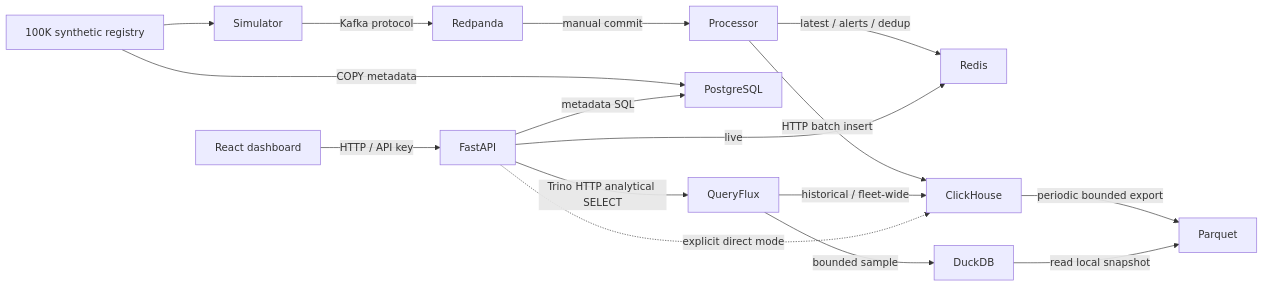
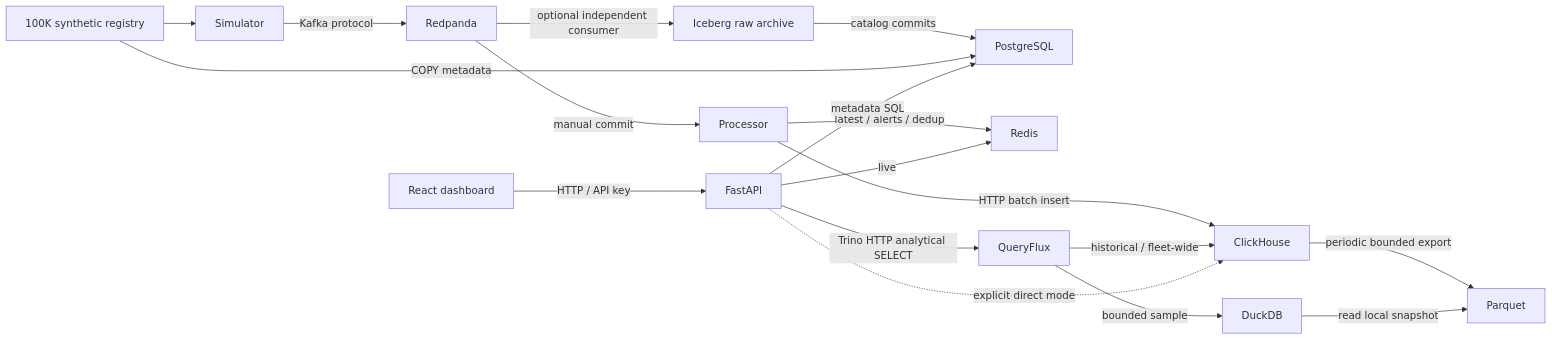
Before and after one commit to Kaileshwar16/VeloSense: the diagram in README.md, drawn with Mermaid. The commit also changed other lines of this file and 26 other files, not shown here.

Commit message:
feat: add optional Iceberg telemetry archive with atomic Kafka checkpoints

````diff
--- a/README.md
+++ b/README.md
@@ -17,18 +17,20 @@
 ```mermaid
 flowchart LR
   Registry[100K synthetic registry] --> Simulator
   Simulator -->|Kafka protocol| Redpanda
   Redpanda -->|manual commit| Processor
+  Redpanda -->|optional independent consumer| Iceberg[Iceberg raw archive]
+  Iceberg -->|catalog commits| PostgreSQL
   Processor -->|latest / alerts / dedup| Redis
   Processor -->|HTTP batch insert| ClickHouse
   Registry -->|COPY metadata| PostgreSQL
   Dashboard[React dashboard] -->|HTTP / API key| FastAPI
   FastAPI -->|live| Redis
   FastAPI -->|metadata SQL| PostgreSQL
   FastAPI -->|Trino HTTP analytical SELECT| QueryFlux
   QueryFlux -->|historical / fleet-wide| ClickHouse
   QueryFlux -->|bounded sample| DuckDB
   ClickHouse -->|periodic bounded export| Parquet
   DuckDB -->|read local snapshot| Parquet
   FastAPI -.->|explicit direct mode| ClickHouse
 ```
````
